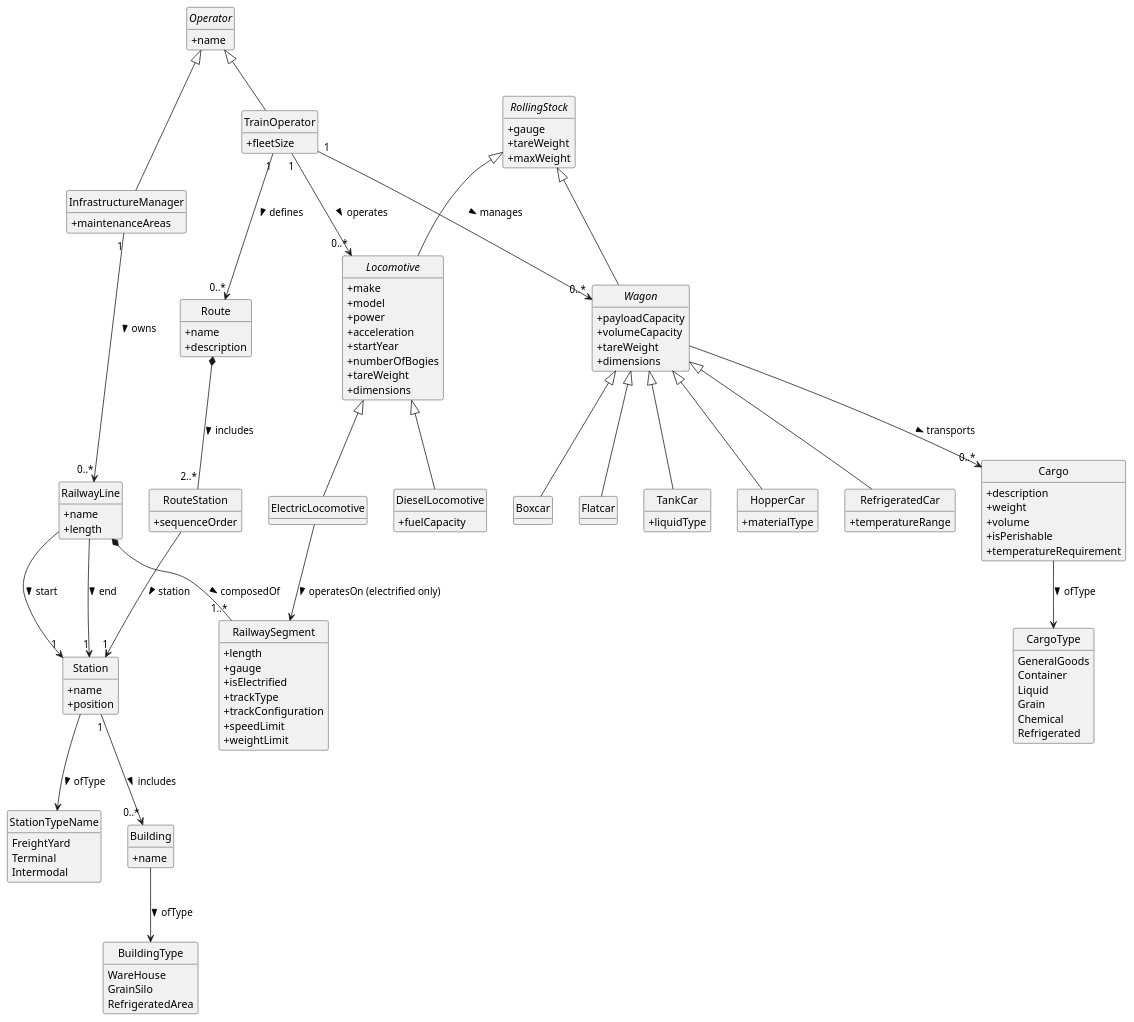
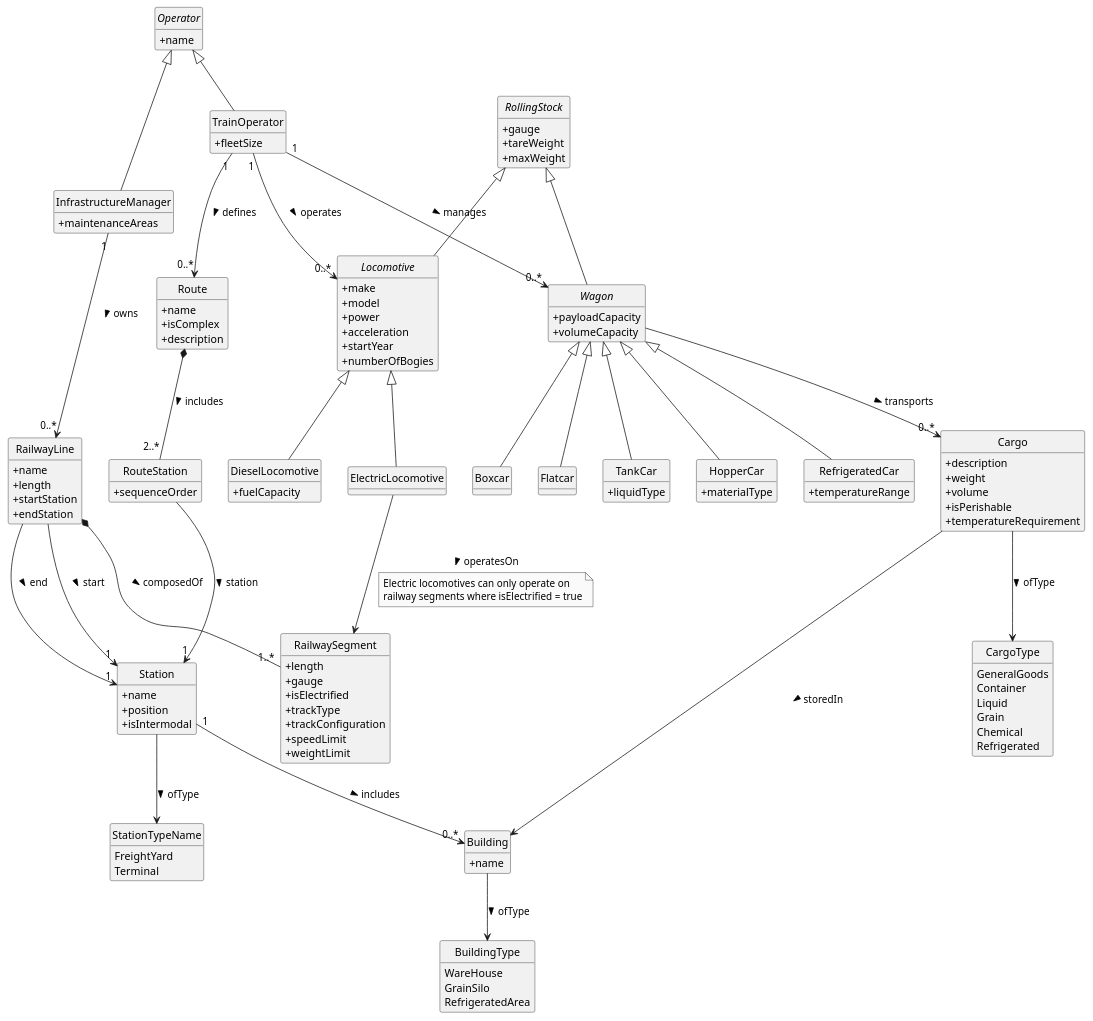
One commit to goncalolopesp/sem3-pi-25-26-g093-repo changed the diagram in definitive-structure/doc/global-artifacts/02.analysis/puml/domain-model.puml. Above: the diagram before and after it, drawn with PlantUML. The commit also changed 1 other file, not shown here.

```diff
--- a/definitive-structure/doc/global-artifacts/02.analysis/puml/domain-model.puml
+++ b/definitive-structure/doc/global-artifacts/02.analysis/puml/domain-model.puml
@@ -1,148 +1,150 @@
 @startuml
 hide circle
 hide methods
 skinparam monochrome true
 skinparam classAttributeIconSize 0
 skinparam shadowing false
 
 class Station {
   +name
   +position
+  +isIntermodal
 }
 enum StationTypeName {
   FreightYard
   Terminal
-  Intermodal
 }
+
 Station --> StationTypeName : ofType >
 
 class RailwayLine {
   +name
   +length
+  +startStation
+  +endStation
 }
 class RailwaySegment {
   +length
   +gauge
   +isElectrified
   +trackType
   +trackConfiguration
   +speedLimit
   +weightLimit
 }
+
 RailwayLine *-- "1..*" RailwaySegment : composedOf >
 RailwayLine --> "1" Station : start >
 RailwayLine --> "1" Station : end >
-
 
 abstract class Operator {
   +name
 }
 class InfrastructureManager {
   +maintenanceAreas
 }
 class TrainOperator {
   +fleetSize
 }
 Operator <|-- InfrastructureManager
 Operator <|-- TrainOperator
 
 InfrastructureManager "1" --> "0..*" RailwayLine : owns >
 
 abstract class RollingStock {
   +gauge
   +tareWeight
   +maxWeight
 }
-RollingStock <|-- Locomotive
-RollingStock <|-- Wagon
 
 abstract class Locomotive {
   +make
   +model
   +power
   +acceleration
   +startYear
   +numberOfBogies
-  +tareWeight
-  +dimensions
 }
 class DieselLocomotive {
   +fuelCapacity
 }
 class ElectricLocomotive {
-
 }
 Locomotive <|-- DieselLocomotive
 Locomotive <|-- ElectricLocomotive
-ElectricLocomotive --> RailwaySegment : operatesOn (electrified only) >
+
+ElectricLocomotive --> RailwaySegment : operatesOn >
+note on link
+  Electric locomotives can only operate on
+  railway segments where isElectrified = true
+end note
 
 abstract class Wagon {
   +payloadCapacity
   +volumeCapacity
-  +tareWeight
-  +dimensions
 }
 class Boxcar {}
 class Flatcar {}
 class TankCar {
   +liquidType
 }
 class HopperCar {
   +materialType
 }
 class RefrigeratedCar {
   +temperatureRange
 }
 Wagon <|-- Boxcar
 Wagon <|-- Flatcar
 Wagon <|-- TankCar
 Wagon <|-- HopperCar
 Wagon <|-- RefrigeratedCar
 
 TrainOperator "1" --> "0..*" Locomotive : operates >
 TrainOperator "1" --> "0..*" Wagon : manages >
 
-
 class Cargo {
   +description
   +weight
   +volume
   +isPerishable
   +temperatureRequirement
 }
 enum CargoType {
   GeneralGoods
   Container
   Liquid
   Grain
   Chemical
   Refrigerated
 }
 Cargo --> CargoType : ofType >
 Wagon --> "0..*" Cargo : transports >
 
 class Route {
   +name
+  +isComplex
   +description
 }
 class RouteStation {
   +sequenceOrder
 }
 Route *-- "2..*" RouteStation : includes >
 RouteStation --> "1" Station : station >
 
-class Building{
-    +name
+class Building {
+  +name
 }
-
-enum BuildingType{
-    WareHouse
-    GrainSilo
-    RefrigeratedArea
+enum BuildingType {
+  WareHouse
+  GrainSilo
+  RefrigeratedArea
 }
-
 Building --> BuildingType : ofType >
 Station "1" --> "0..*" Building : includes >
 TrainOperator "1" --> "0..*" Route : defines >
+Cargo --> Building : storedIn >
 
+RollingStock <|-- Locomotive
+RollingStock <|-- Wagon
 @enduml
```
